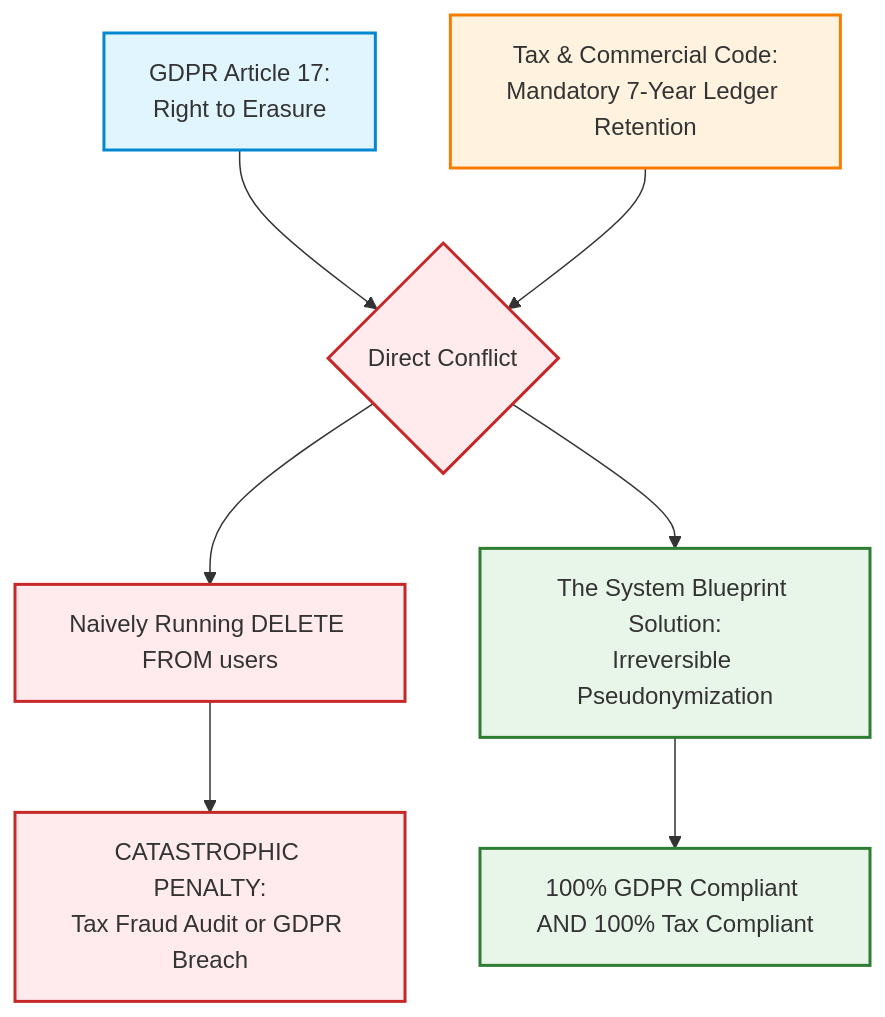
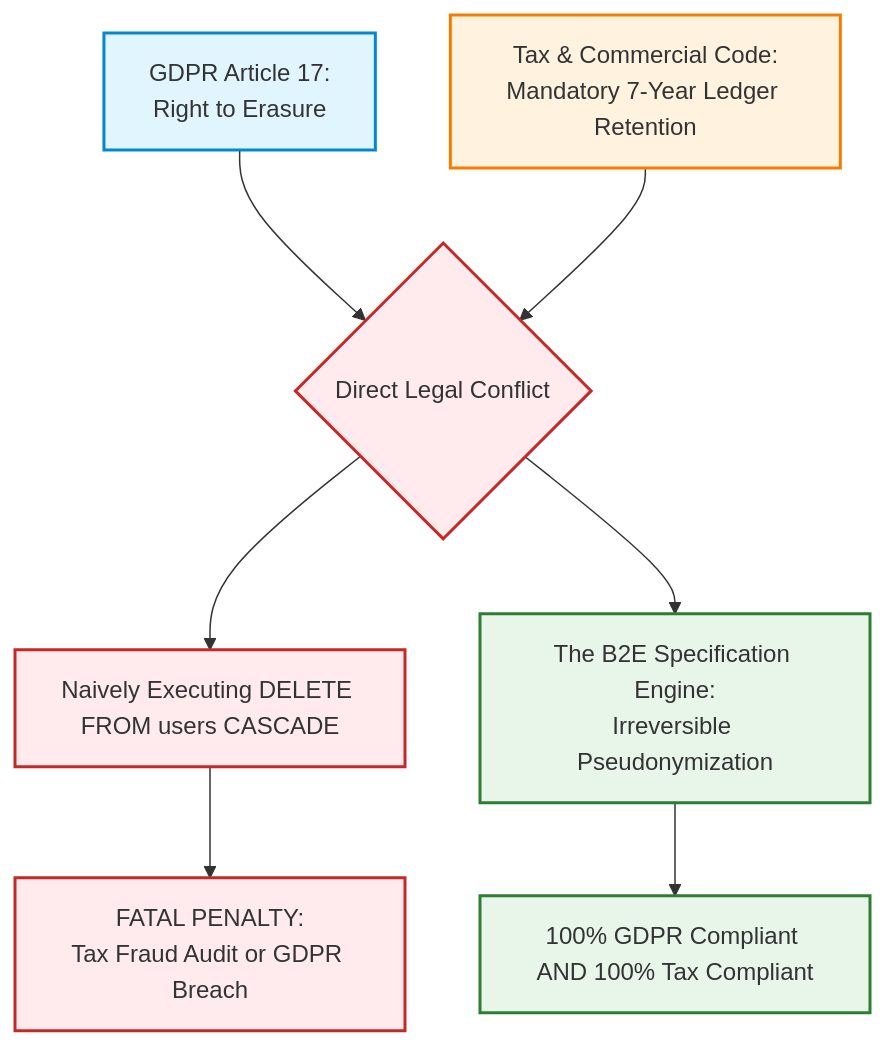
One commit to reviveproject4-source/OpenBSA changed the diagram in 06-edge-cases-and-anti-failure/08-gdpr-anonymization-vs-audit-compliance.md. Above: the diagram before and after it, drawn with Mermaid. The commit also changed other lines of this file and 18 other files, not shown here.

````diff
--- a/06-edge-cases-and-anti-failure/08-gdpr-anonymization-vs-audit-compliance.md
+++ b/06-edge-cases-and-anti-failure/08-gdpr-anonymization-vs-audit-compliance.md
@@ -9,16 +29,16 @@
 ```mermaid
 graph TD
     classDef law1 fill:#e1f5fe,stroke:#0288d1,stroke-width:2px;
     classDef law2 fill:#fff3e0,stroke:#f57c00,stroke-width:2px;
     classDef trap fill:#ffebee,stroke:#c62828,stroke-width:2px;
     classDef sol fill:#e8f5e9,stroke:#2e7d32,stroke-width:2px;
 
-    GDPR[GDPR Article 17:<br/>Right to Erasure]:::law1 --> Conflict{Direct Conflict}:::trap
+    GDPR[GDPR Article 17:<br/>Right to Erasure]:::law1 --> Conflict{Direct Legal Conflict}:::trap
     TaxLaw[Tax & Commercial Code:<br/>Mandatory 7-Year Ledger Retention]:::law2 --> Conflict
 
-    Conflict --> HardDelete[Naively Running DELETE FROM users]:::trap
-    HardDelete --> Penalty[CATASTROPHIC PENALTY:<br/>Tax Fraud Audit or GDPR Breach]:::trap
+    Conflict --> HardDelete[Naively Executing DELETE FROM users CASCADE]:::trap
+    HardDelete --> Catastrophe[FATAL PENALTY:<br/>Tax Fraud Audit or GDPR Breach]:::trap
 
-    Conflict --> Blueprint[The System Blueprint Solution:<br/>Irreversible Pseudonymization]:::sol
-    Blueprint --> Safe[100% GDPR Compliant AND 100% Tax Compliant]:::sol
+    Conflict --> Blueprint[The B2E Specification Engine:<br/>Irreversible Pseudonymization]:::sol
+    Blueprint --> Compliant[100% GDPR Compliant AND 100% Tax Compliant]:::sol
 ```
````
